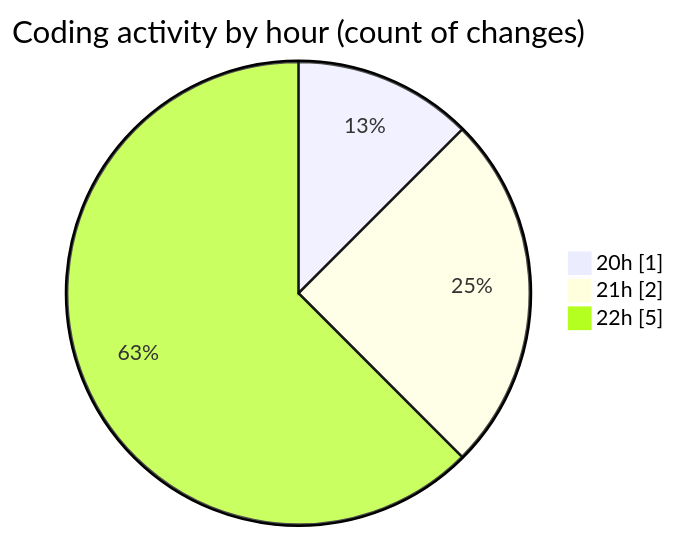
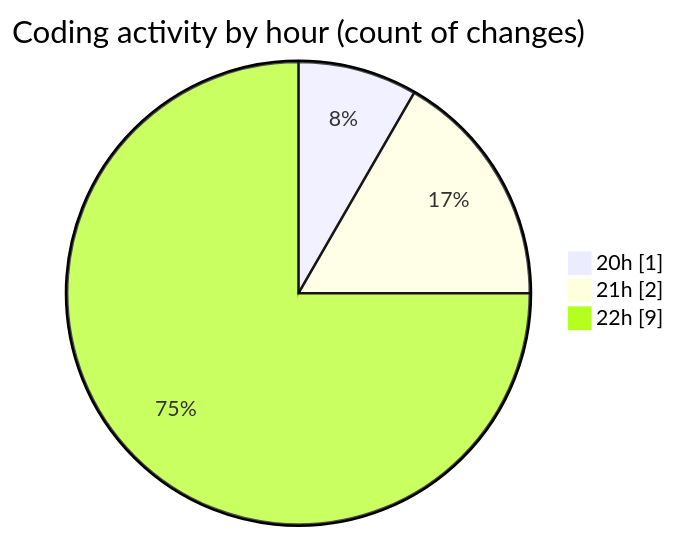
The second of 2 diagrams in 2025-02-18/myws__workspace_/README.md (MatusMokan/code-tracking), drawn with Mermaid before and after one commit. The commit also changed other lines of this file and 1 other file, not shown here.

````diff
--- a/2025-02-18/myws__workspace_/README.md
+++ b/2025-02-18/myws__workspace_/README.md
@@ -33,7 +33,7 @@
 ```mermaid
 pie showData
 title Coding activity by hour (count of changes)
 "20h" : 1
 "21h" : 2
-"22h" : 5
+"22h" : 9
 ```
````
